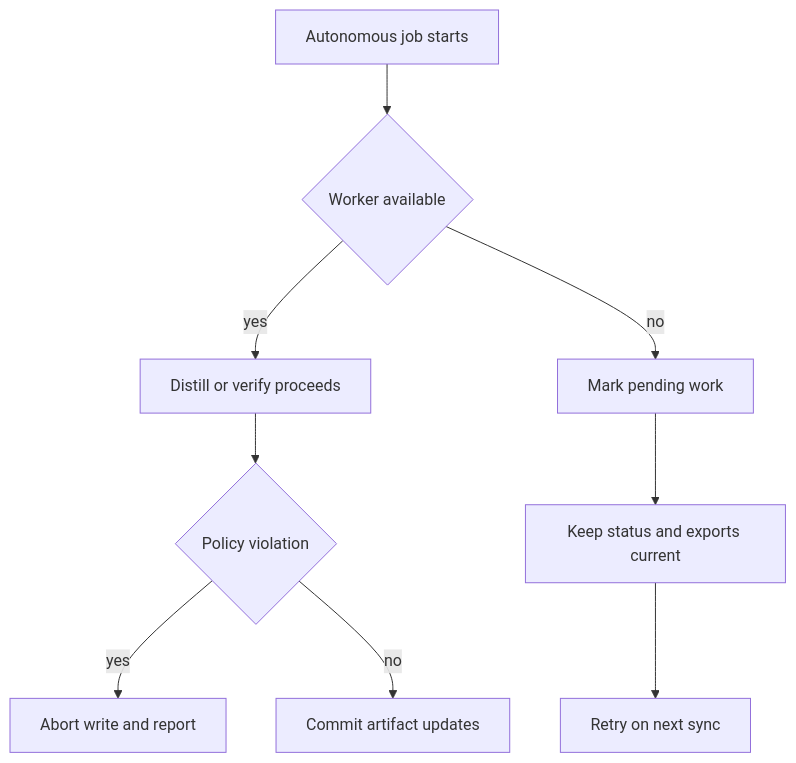
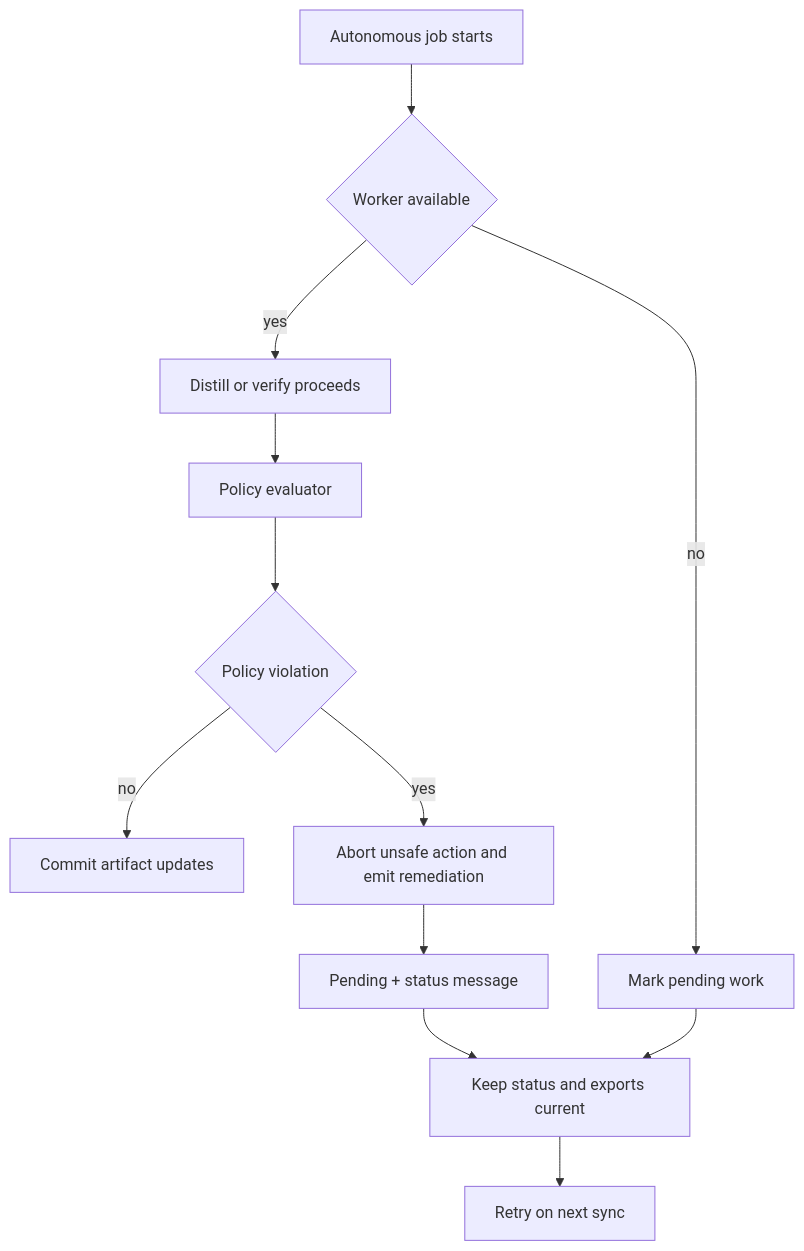
One commit to selkios/outcomegraph changed the eighth of 8 diagrams in ARCHITECTURE.md. Above: the diagram before and after it, drawn with Mermaid. The commit also changed other lines of this file and 2 other files, not shown here.

Commit message:
docs(security): define safe-by-default policy controls

````diff
--- a/ARCHITECTURE.md
+++ b/ARCHITECTURE.md
@@ -196,11 +202,14 @@
 ```mermaid
 flowchart TD
   A[Autonomous job starts] --> B{Worker available}
   B -- yes --> C[Distill or verify proceeds]
   B -- no --> D[Mark pending work]
   D --> E[Keep status and exports current]
   E --> F[Retry on next sync]
-  C --> G{Policy violation}
-  G -- yes --> H[Abort write and report]
-  G -- no --> I[Commit artifact updates]
+  C --> G[Policy evaluator]
+  G --> H{Policy violation}
+  H -- no --> I[Commit artifact updates]
+  H -- yes --> J[Abort unsafe action and emit remediation]
+  J --> K[Pending + status message]
+  K --> E
 ```
````
